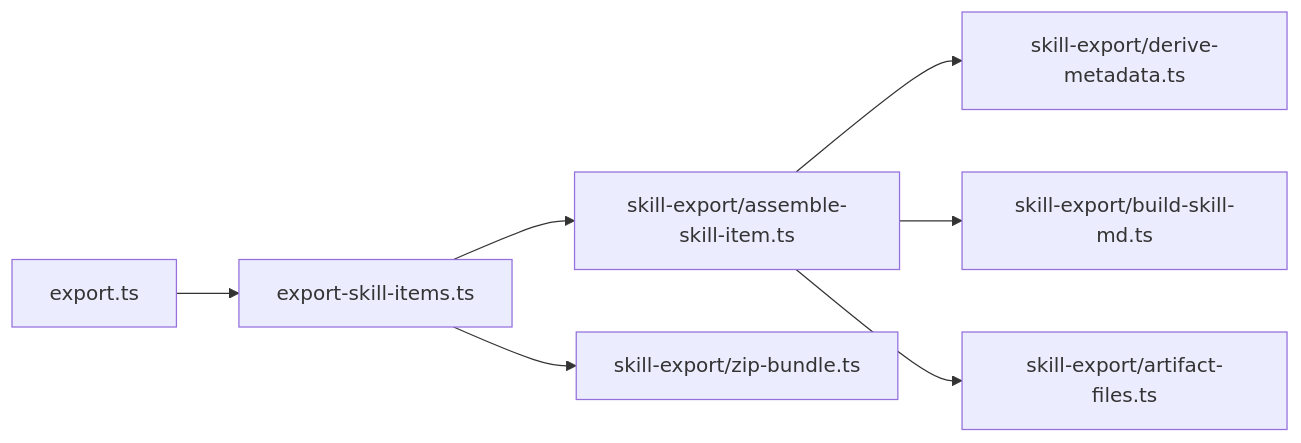
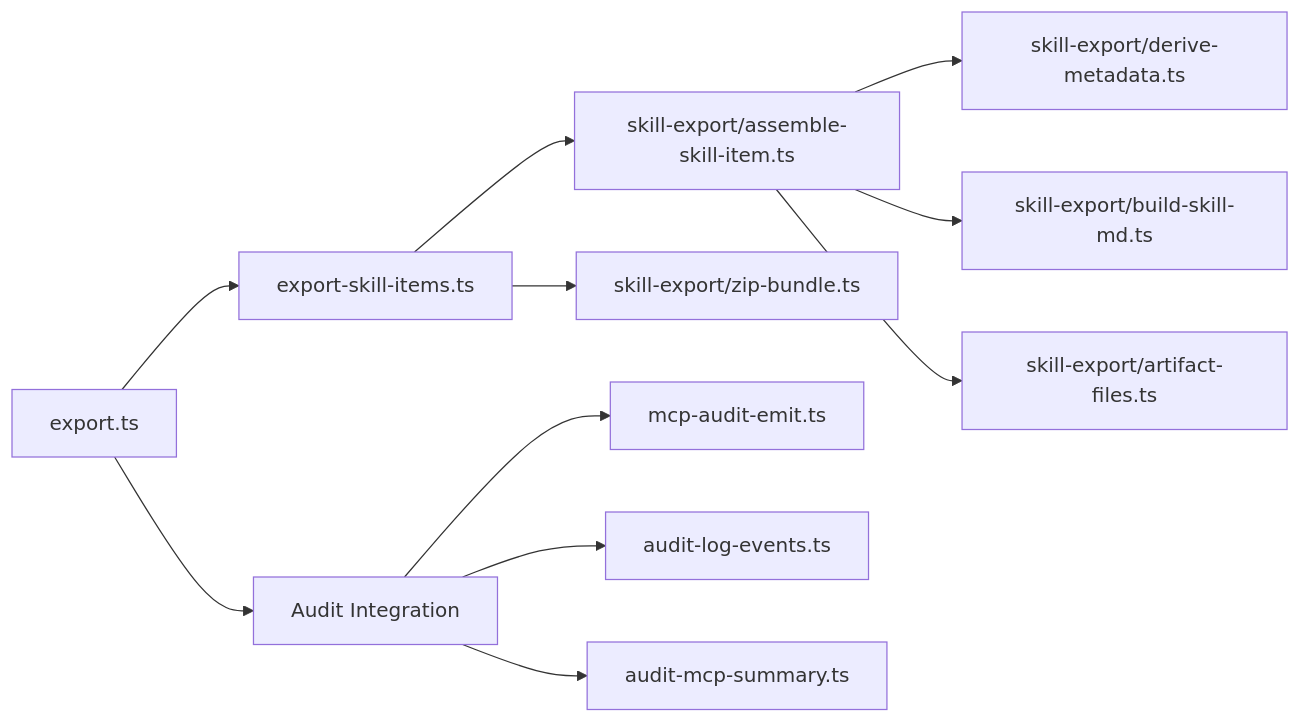
Before and after one commit to debian777/kairos-mcp: the seventh of 7 diagrams in .qoder/repowiki/en/content/Skills & Protocols.md, drawn with Mermaid. The commit also changed other lines of this file and 4 other files, not shown here.

````diff
--- a/.qoder/repowiki/en/content/Skills & Protocols.md
+++ b/.qoder/repowiki/en/content/Skills & Protocols.md
@@ -386,9 +468,13 @@
 ```mermaid
 graph LR
 Export["export.ts"] --> Items["export-skill-items.ts"]
 Items --> Assemble["skill-export/assemble-skill-item.ts"]
 Assemble --> Derive["skill-export/derive-metadata.ts"]
 Assemble --> Build["skill-export/build-skill-md.ts"]
 Assemble --> Art["skill-export/artifact-files.ts"]
 Items --> Zip["skill-export/zip-bundle.ts"]
+Export --> Audit["Audit Integration"]
+Audit --> Emit["mcp-audit-emit.ts"]
+Audit --> Events["audit-log-events.ts"]
+Audit --> Summary["audit-mcp-summary.ts"]
 ```
````
